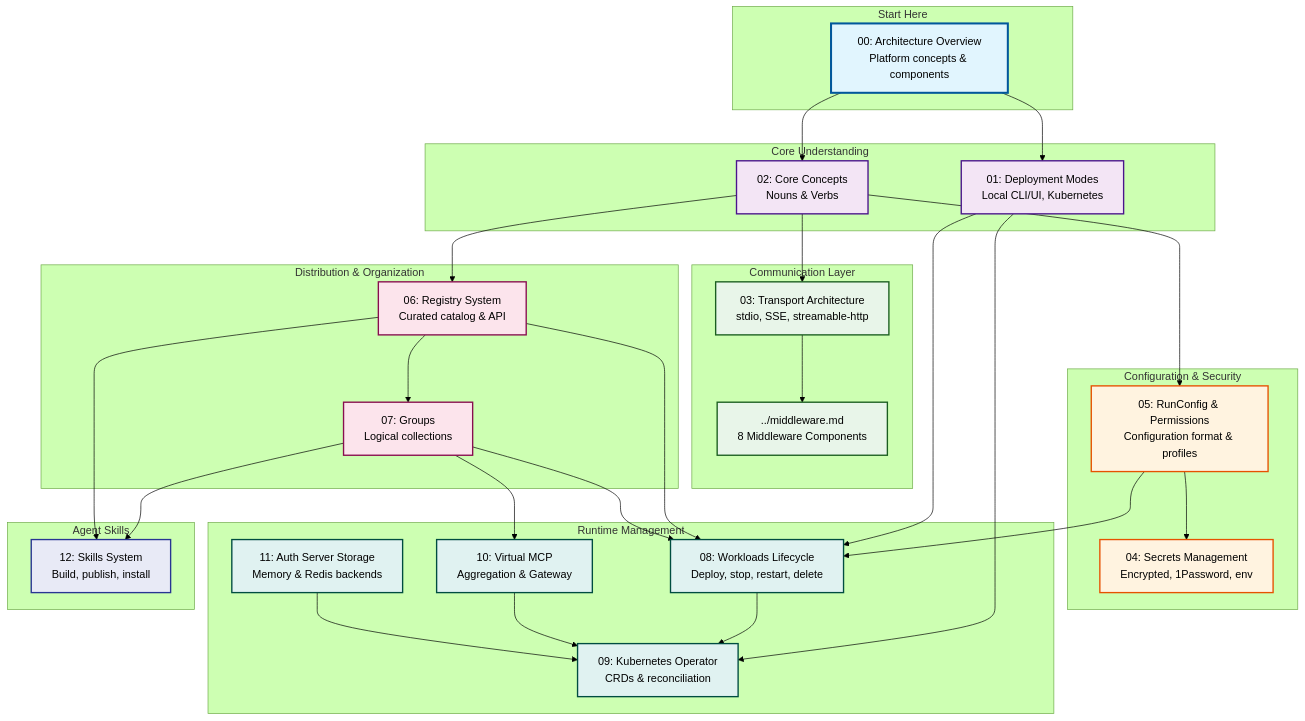
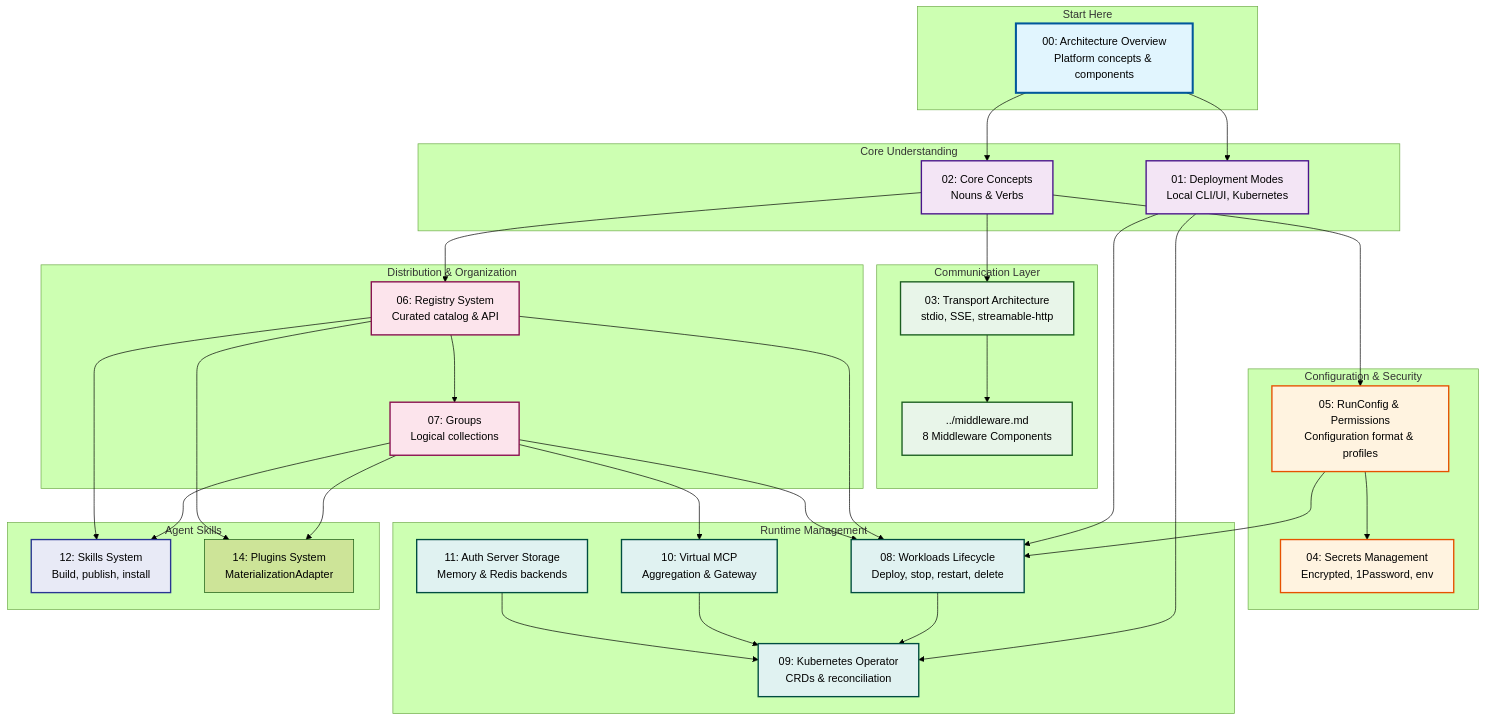
The diagram in docs/arch/README.md (stacklok/toolhive), drawn with Mermaid (forest theme) before and after one commit. The commit also changed other lines of this file and 1 other file, not shown here.

First line of the commit message:
Add plugins system architecture doc (Phase 3, THV-0077)

```diff
--- a/docs/arch/README.md
+++ b/docs/arch/README.md
@@ -160,6 +167,7 @@
 
     subgraph "Agent Skills"
         Skills[12: Skills System<br/>Build, publish, install]
+        Plugins[14: Plugins System<br/>MaterializationAdapter]
     end
 
     %% Navigation paths
@@ -184,8 +192,10 @@
     Groups --> Workloads
     Groups --> vMCP
     Groups --> Skills
+    Groups --> Plugins
 
     Registry --> Skills
+    Registry --> Plugins
 
     Workloads --> Operator
     vMCP --> Operator
```
